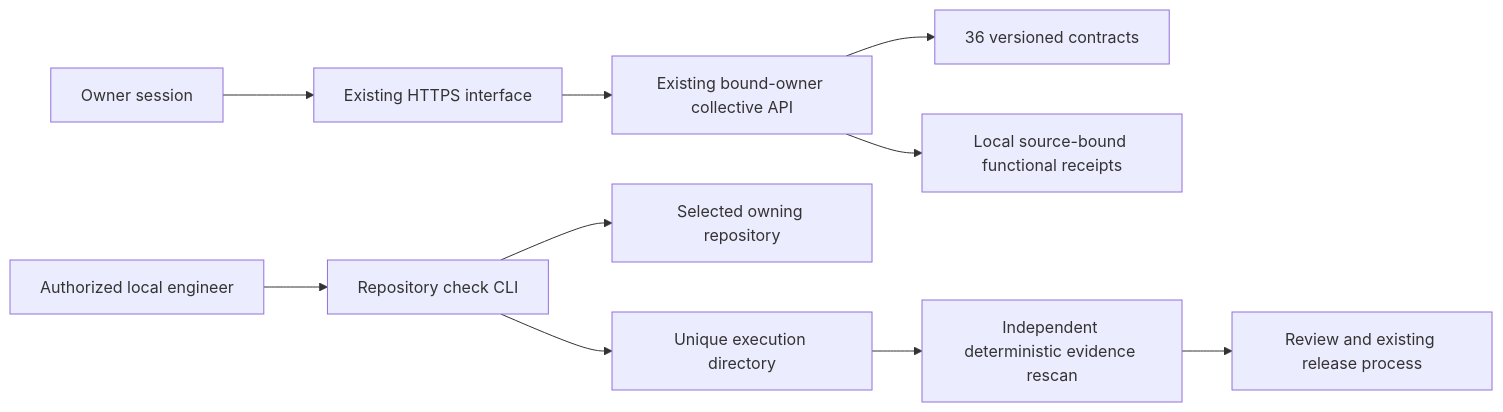
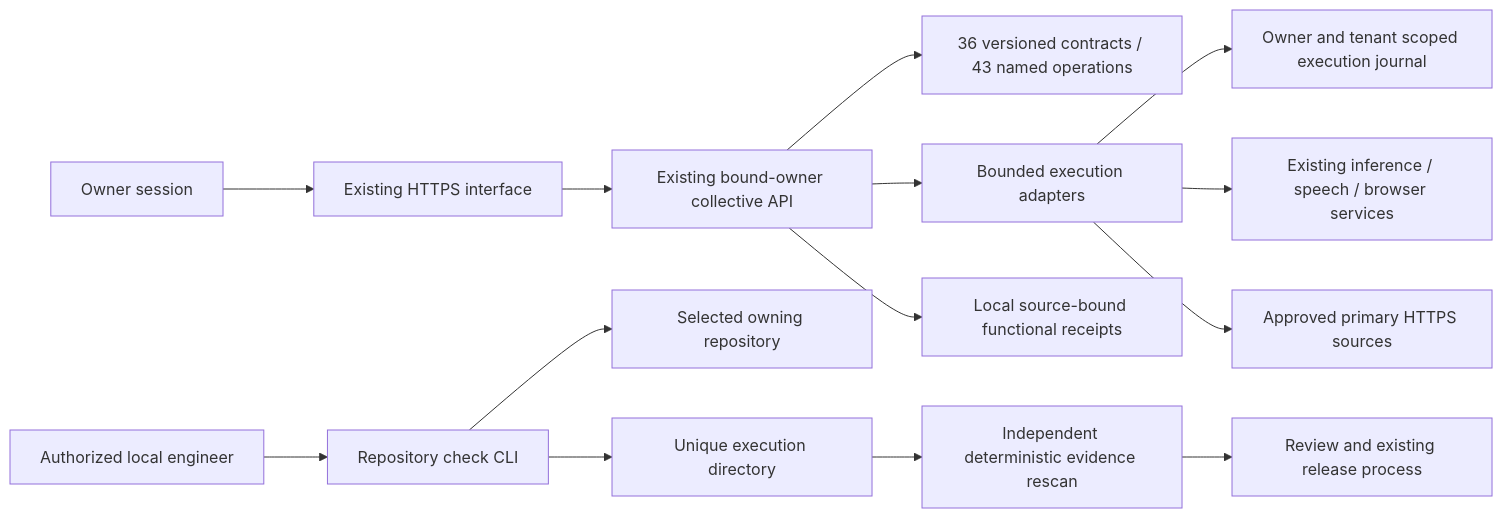
Before and after one commit to AndrewLamSingapore/orqevia: the diagram in docs/FABRIC-CONTROL-PLANE-20261024.md, drawn with Mermaid. The commit also changed other lines of this file and 2 other files, not shown here.

First line of the commit message:
docs(fabrics): record scoped production evidence and workbench qualification

````diff
--- a/docs/FABRIC-CONTROL-PLANE-20261024.md
+++ b/docs/FABRIC-CONTROL-PLANE-20261024.md
@@ -11,12 +31,16 @@
 ```mermaid
 flowchart LR
     Owner[Owner session] --> Gateway[Existing HTTPS interface]
     Gateway --> Collective[Existing bound-owner collective API]
-    Collective --> Catalog[36 versioned contracts]
+    Collective --> Catalog[36 versioned contracts / 43 named operations]
+    Collective --> Execute[Bounded execution adapters]
+    Execute --> Journal[Owner and tenant scoped execution journal]
+    Execute --> Host[Existing inference / speech / browser services]
+    Execute --> Source[Approved primary HTTPS sources]
     Collective --> Receipts[Local source-bound functional receipts]
     Engineer[Authorized local engineer] --> Runner[Repository check CLI]
     Runner --> Product[Selected owning repository]
     Runner --> Evidence[Unique execution directory]
     Evidence --> Rescan[Independent deterministic evidence rescan]
     Rescan --> Review[Review and existing release process]
 ```
````
